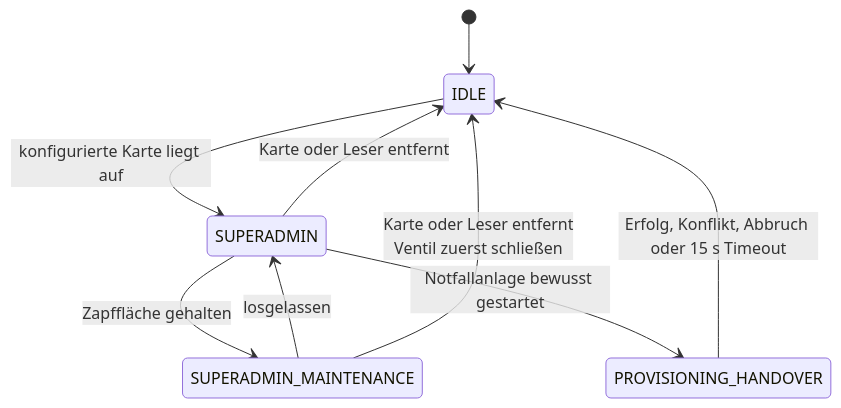
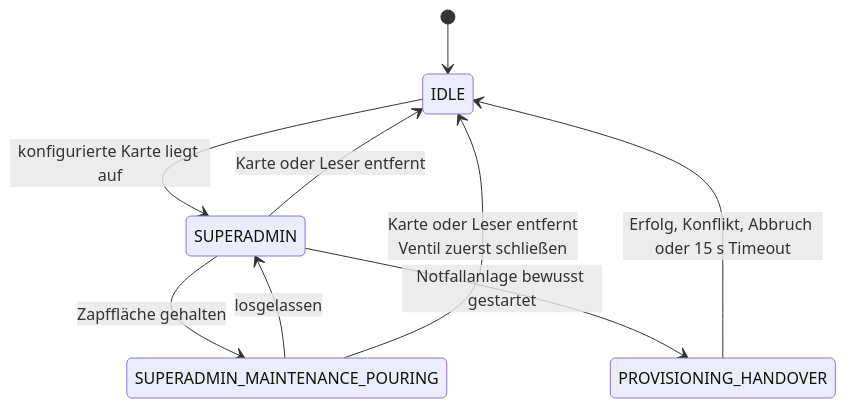
One commit to nemai09/zunder_zapfe changed the diagram in docs/architecture/superadmin.md. Above: the diagram before and after it, drawn with Mermaid. The commit also changed other lines of this file and 21 other files, not shown here.

````diff
--- a/docs/architecture/superadmin.md
+++ b/docs/architecture/superadmin.md
@@ -37,11 +37,11 @@
 ```mermaid
 stateDiagram-v2
     [*] --> IDLE
     IDLE --> SUPERADMIN: konfigurierte Karte liegt auf
-    SUPERADMIN --> SUPERADMIN_MAINTENANCE: Zapffläche gehalten
-    SUPERADMIN_MAINTENANCE --> SUPERADMIN: losgelassen
-    SUPERADMIN_MAINTENANCE --> IDLE: Karte oder Leser entfernt<br/>Ventil zuerst schließen
+    SUPERADMIN --> SUPERADMIN_MAINTENANCE_POURING: Zapffläche gehalten
+    SUPERADMIN_MAINTENANCE_POURING --> SUPERADMIN: losgelassen
+    SUPERADMIN_MAINTENANCE_POURING --> IDLE: Karte oder Leser entfernt<br/>Ventil zuerst schließen
     SUPERADMIN --> PROVISIONING_HANDOVER: Notfallanlage bewusst gestartet
     PROVISIONING_HANDOVER --> IDLE: Erfolg, Konflikt, Abbruch oder 15 s Timeout
     SUPERADMIN --> IDLE: Karte oder Leser entfernt
 ```
````
